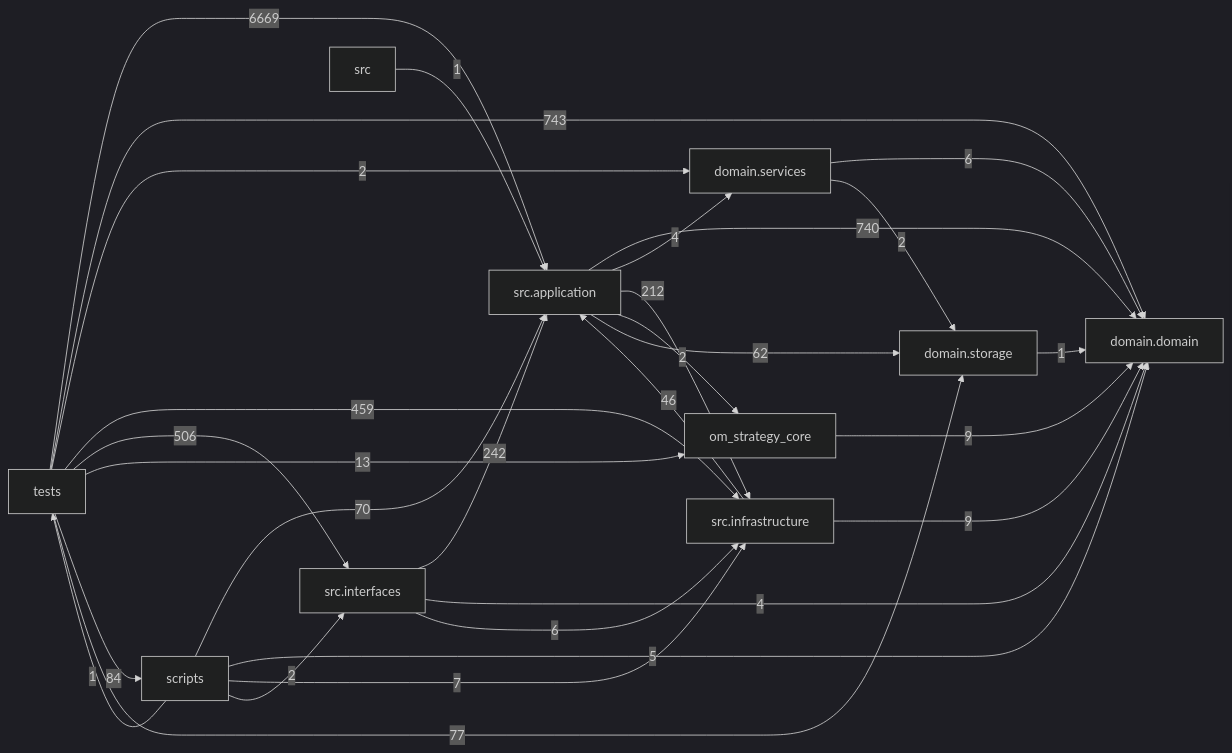
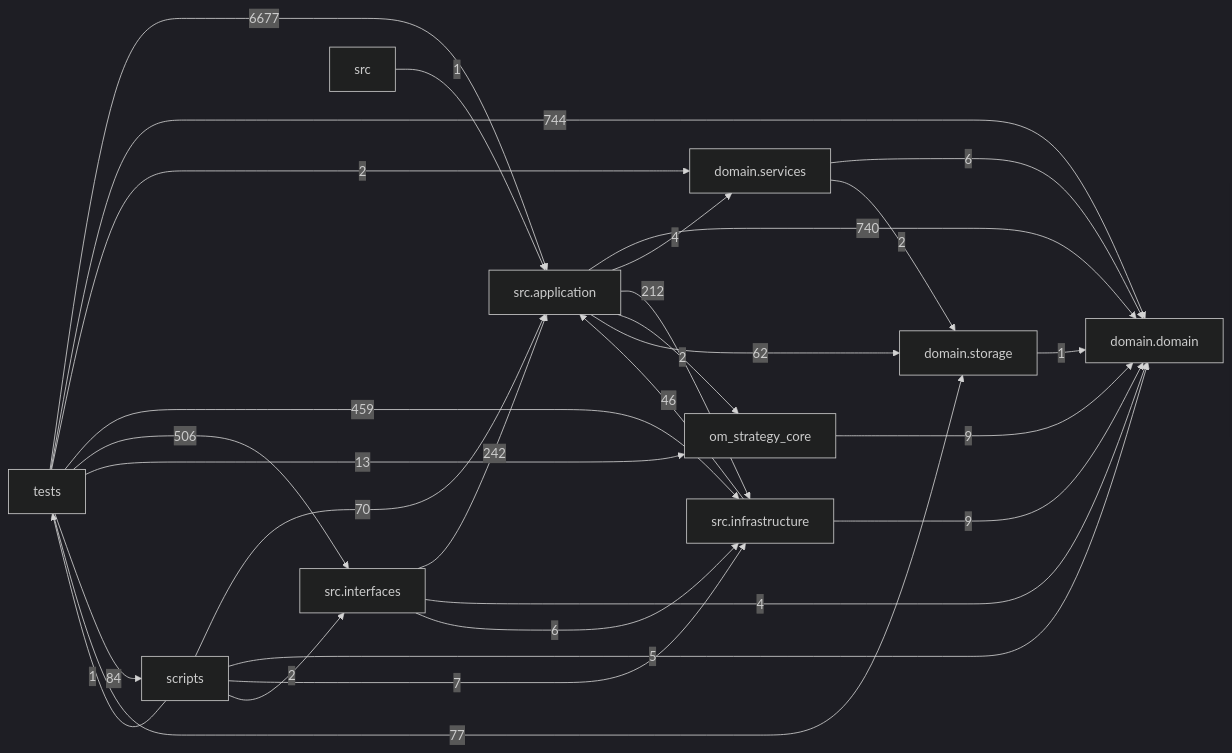
One commit to liuxie066/options-monitor changed the diagram in docs/DEPENDENCY_GRAPH.md. Above: the diagram before and after it, drawn with Mermaid (dark theme). The commit also changed other lines of this file and 8 other files, not shown here.

````diff
--- a/docs/DEPENDENCY_GRAPH.md
+++ b/docs/DEPENDENCY_GRAPH.md
@@ -24,39 +24,39 @@
 ```mermaid
 flowchart LR
   tests["tests"]
   scripts["scripts"]
   interfaces["src.interfaces"]
   application["src.application"]
   infrastructure["src.infrastructure"]
   domain_services["domain.services"]
   domain["domain.domain"]
   storage["domain.storage"]
   application -->|740| domain
   application -->|4| domain_services
   application -->|212| infrastructure
   application -->|2| om_strategy_core
   application -->|62| storage
   domain_services -->|6| domain
   domain_services -->|2| storage
   infrastructure -->|46| application
   infrastructure -->|9| domain
   interfaces -->|242| application
   interfaces -->|4| domain
   interfaces -->|6| infrastructure
   om_strategy_core -->|9| domain
   scripts -->|70| application
   scripts -->|5| domain
   scripts -->|7| infrastructure
   scripts -->|2| interfaces
   scripts -->|1| tests
   src -->|1| application
   storage -->|1| domain
-  tests -->|6669| application
-  tests -->|743| domain
+  tests -->|6677| application
+  tests -->|744| domain
   tests -->|2| domain_services
   tests -->|459| infrastructure
   tests -->|506| interfaces
   tests -->|13| om_strategy_core
   tests -->|84| scripts
   tests -->|77| storage
 ```
````
